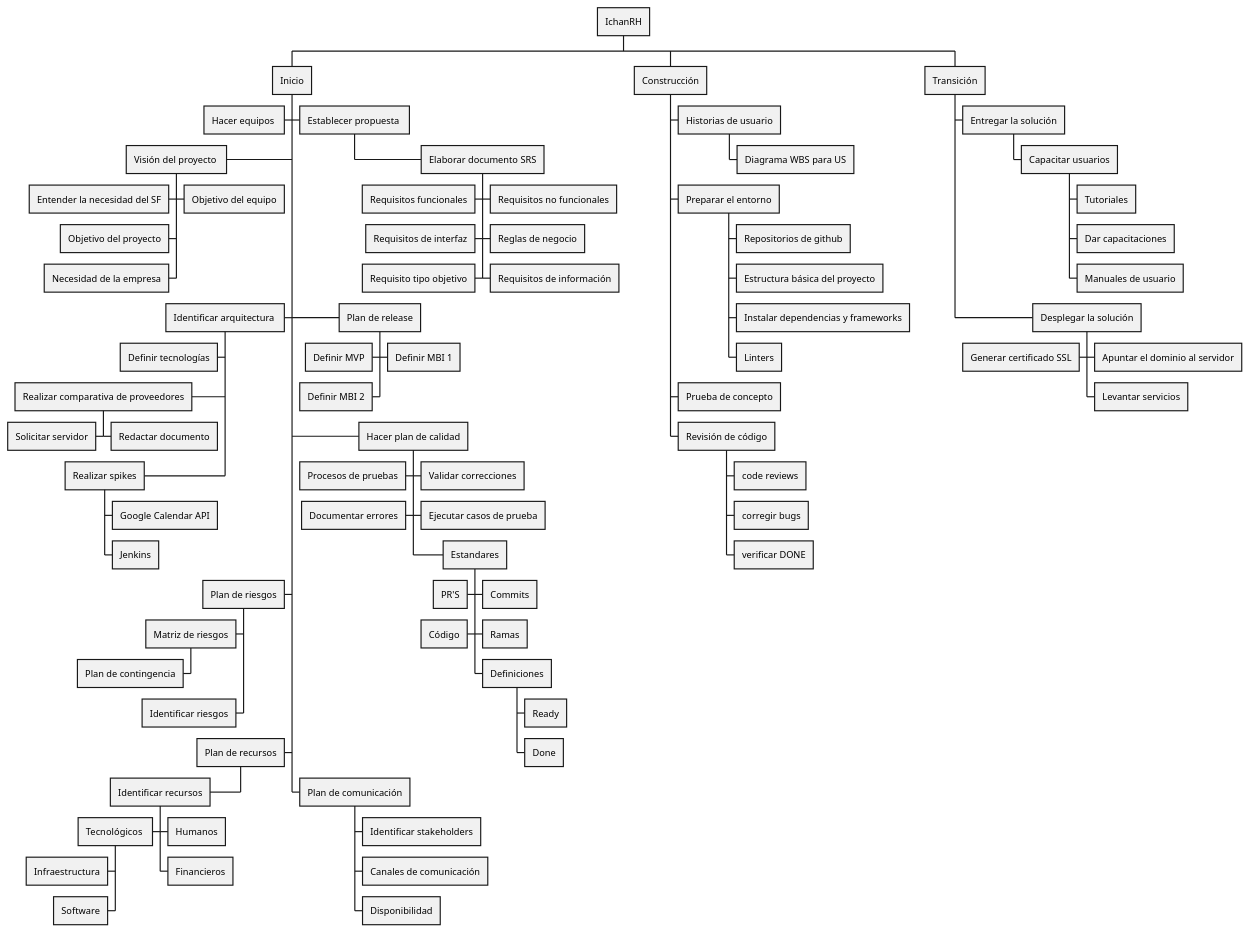
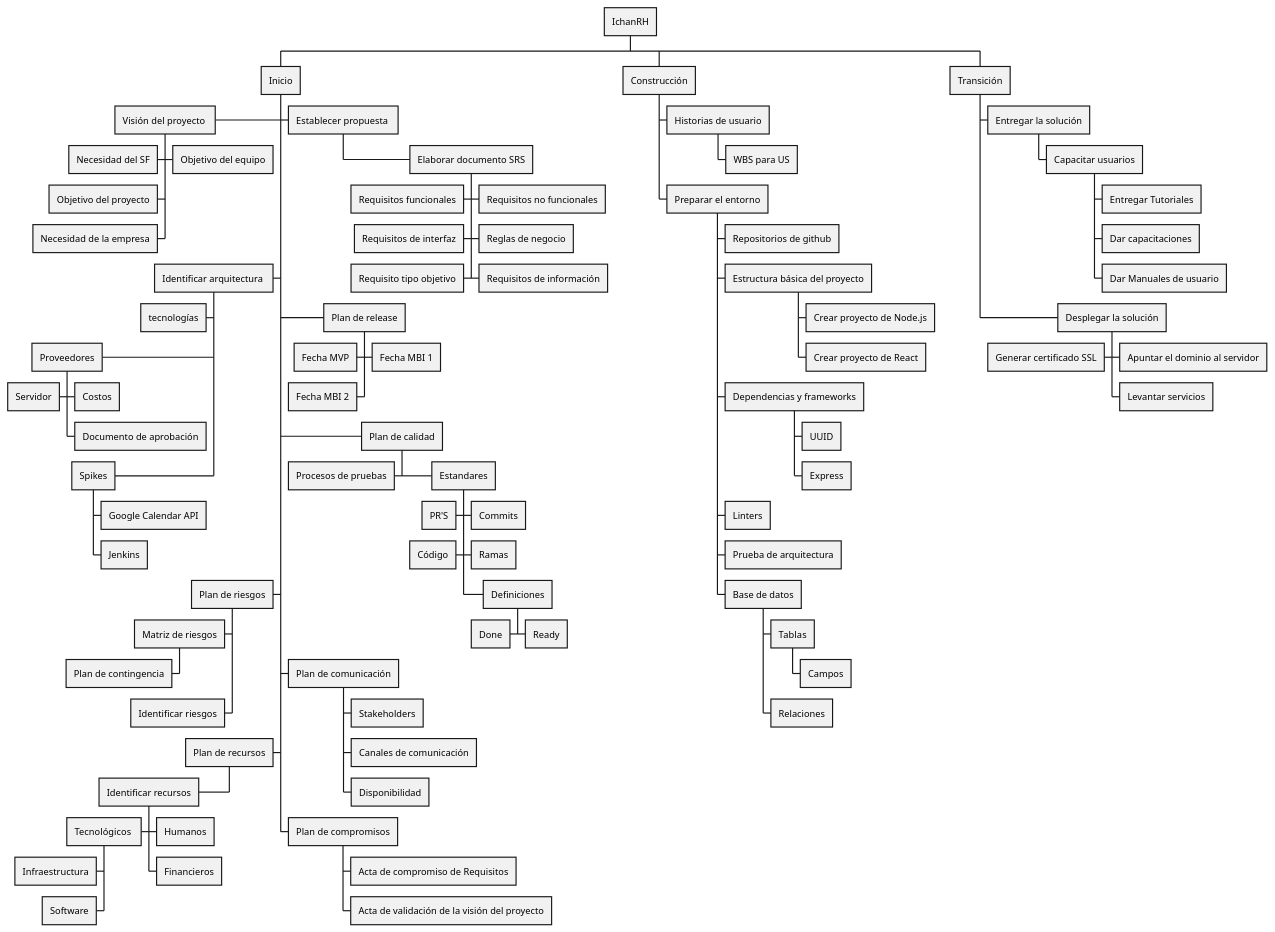
Before and after one commit to AztlanConsulting/Wiki: the diagram in docs/Aztlan/Nuestros Proyectos/Ichan-RCHQ/Artefactos/WBSProyecto.md, drawn with PlantUML. The commit also changed other lines of this file and 1 other file, not shown here.

Commit message:
Update: Cambiar estructura del wbs del proyecto y agregar más actividades al wbs de una us

```diff
--- a/docs/Aztlan/Nuestros Proyectos/Ichan-RCHQ/Artefactos/WBSProyecto.md
+++ b/docs/Aztlan/Nuestros Proyectos/Ichan-RCHQ/Artefactos/WBSProyecto.md
@@ -15,10 +15,8 @@
 --------------------------------------------------------------'/
 ** Inicio
 '-------------------------------------------------------------
-***< Hacer equipos 
-'-------------------------------------------------------------
 ***< Visión del proyecto 
-****< Entender la necesidad del SF
+****< Necesidad del SF
 ****> Objetivo del equipo
 ****< Objetivo del proyecto
 ****< Necesidad de la empresa
@@ -33,28 +31,26 @@
 *****< Requisito tipo objetivo
 '-------------------------------------------------------------
 ***< Identificar arquitectura 
-****< Definir tecnologías
-****< Realizar comparativa de proveedores
-*****< Solicitar servidor
-*****> Redactar documento
-****< Realizar spikes
+****< tecnologías
+****< Proveedores
+***** Costos
+*****< Servidor
+*****> Documento de aprobación
+****< Spikes
 ***** Google Calendar API
 ***** Jenkins
 '-------------------------------------------------------------
 ***> Plan de release
-****< Definir MVP
-****> Definir MBI 1
-****< Definir MBI 2
+****< Fecha MVP
+****> Fecha MBI 1
+****< Fecha MBI 2
 '-------------------------------------------------------------
 ***< Plan de riesgos
 ****< Matriz de riesgos
 *****< Plan de contingencia
 ****< Identificar riesgos
-***> Hacer plan de calidad
+***> Plan de calidad
 ****< Procesos de pruebas
-****> Validar correcciones
-****< Documentar errores
-****> Ejecutar casos de prueba
 ****> Estandares
 *****> Commits
 *****< PR'S
@@ -62,7 +58,7 @@
 *****< Código
 *****> Definiciones
 ****** Ready
-****** Done
+******< Done
 ***< Plan de recursos
 ****< Identificar recursos
 *****> Humanos
@@ -71,29 +67,34 @@
 ******< Software
 ***** Financieros
 ***> Plan de comunicación
-**** Identificar stakeholders
+**** Stakeholders
 **** Canales de comunicación
 **** Disponibilidad
+*** Plan de compromisos
+**** Acta de compromiso de Requisitos
+**** Acta de validación de la visión del proyecto
 /'-------------------------------------------------------------
 ------------------ FASE DE CONSTRUCCIÓN -----------------------
 --------------------------------------------------------------'/
 ** Construcción
 '-------------------------------------------------------------
 *** Historias de usuario
-**** Diagrama WBS para US
-
+**** WBS para US
 *** Preparar el entorno
 **** Repositorios de github
 **** Estructura básica del proyecto
-**** Instalar dependencias y frameworks
+***** Crear proyecto de Node.js
+***** Crear proyecto de React
+**** Dependencias y frameworks
+***** UUID
+***** Express
 **** Linters
+**** Prueba de arquitectura
+**** Base de datos
+***** Tablas
+****** Campos
+***** Relaciones
 
-*** Prueba de concepto
-
-*** Revisión de código
-**** code reviews
-**** corregir bugs
-**** verificar DONE
 /'-------------------------------------------------------------
 -------------------- FASE DE TRANSICION -----------------------
 --------------------------------------------------------------'/
@@ -101,9 +102,9 @@
 '-------------------------------------------------------------
 *** Entregar la solución
 **** Capacitar usuarios
-***** Tutoriales
+***** Entregar Tutoriales
 ***** Dar capacitaciones
-***** Manuales de usuario
+***** Dar Manuales de usuario
 '-------------------------------------------------------------
 *** Desplegar la solución
 ****< Generar certificado SSL
```
